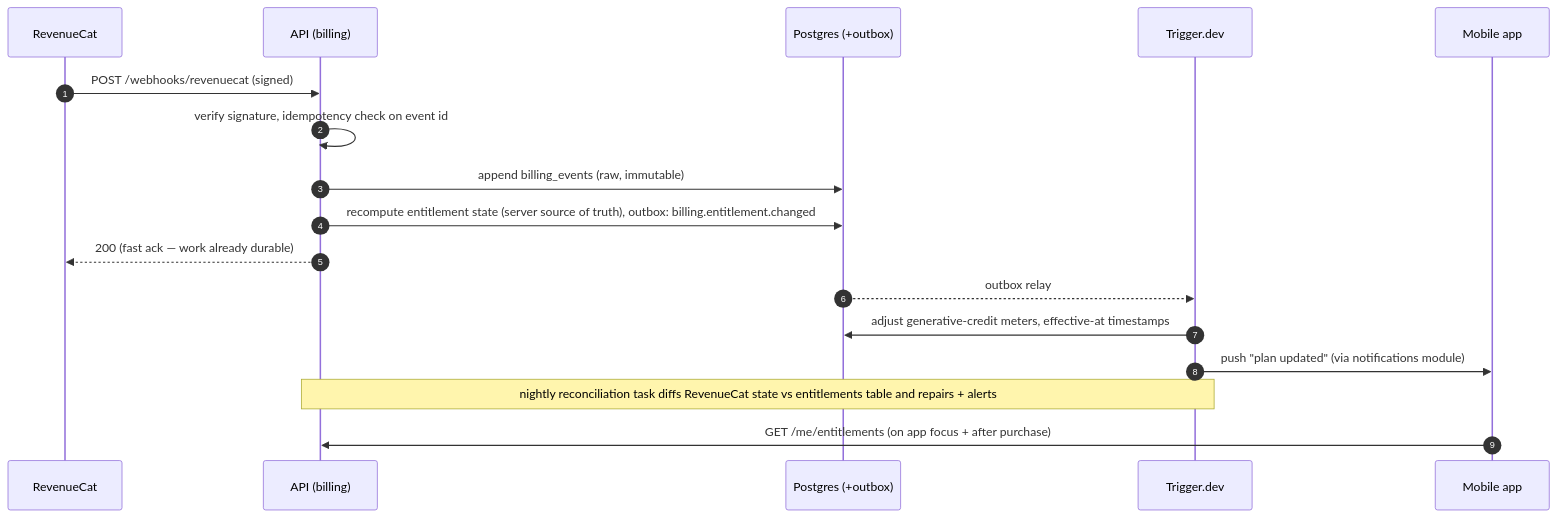
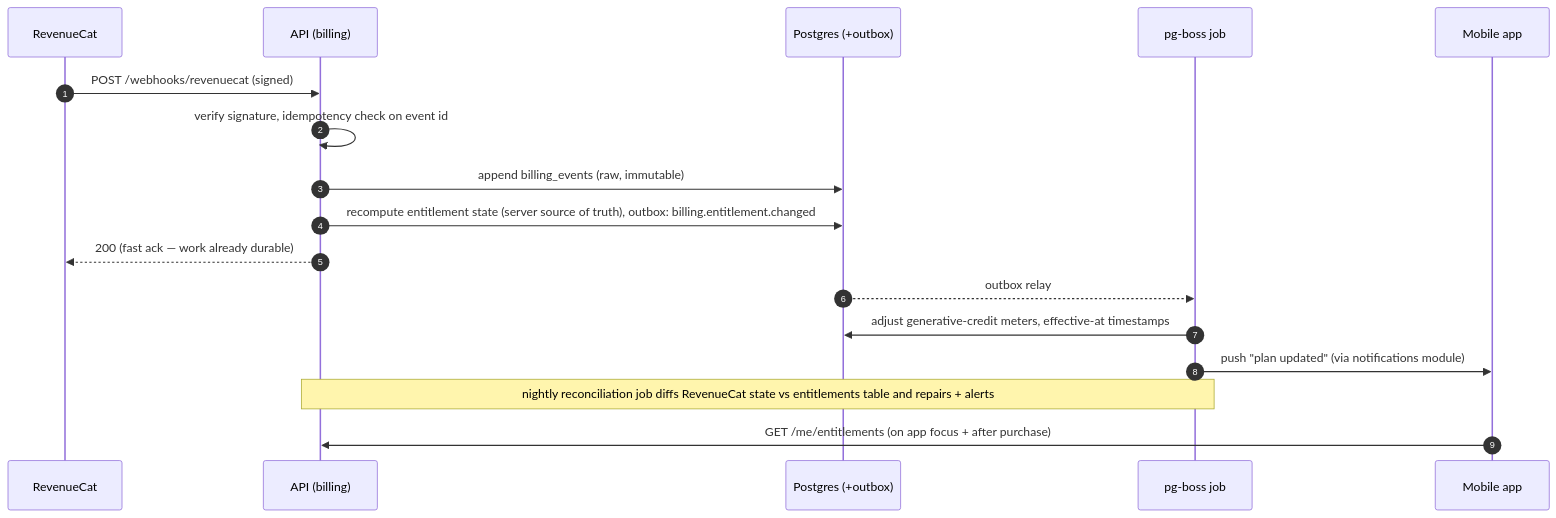
The sixth of 6 diagrams in planning/04-architecture.md (ArtMin96/ai-stylist), drawn with Mermaid before and after one commit. The commit also changed other lines of this file and 99 other files, not shown here.

````diff
--- a/planning/04-architecture.md
+++ b/planning/04-architecture.md
@@ -345,20 +345,20 @@
 ```mermaid
 sequenceDiagram
     autonumber
     participant RC as RevenueCat
     participant A as API (billing)
     participant PG as Postgres (+outbox)
-    participant T as Trigger.dev
+    participant T as pg-boss job
     participant M as Mobile app
 
     RC->>A: POST /webhooks/revenuecat (signed)
     A->>A: verify signature, idempotency check on event id
     A->>PG: append billing_events (raw, immutable)
     A->>PG: recompute entitlement state (server source of truth), outbox: billing.entitlement.changed
     A-->>RC: 200 (fast ack — work already durable)
     PG-->>T: outbox relay
     T->>PG: adjust generative-credit meters, effective-at timestamps
     T->>M: push "plan updated" (via notifications module)
-    Note over A,T: nightly reconciliation task diffs RevenueCat state vs entitlements table and repairs + alerts
+    Note over A,T: nightly reconciliation job diffs RevenueCat state vs entitlements table and repairs + alerts
     M->>A: GET /me/entitlements (on app focus + after purchase)
 ```
````
